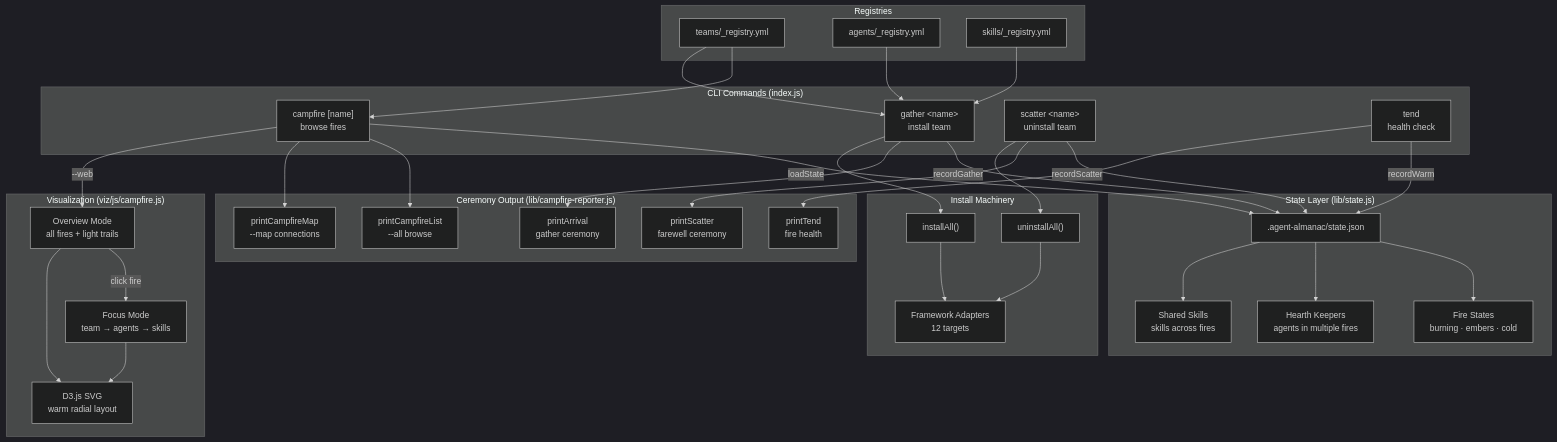
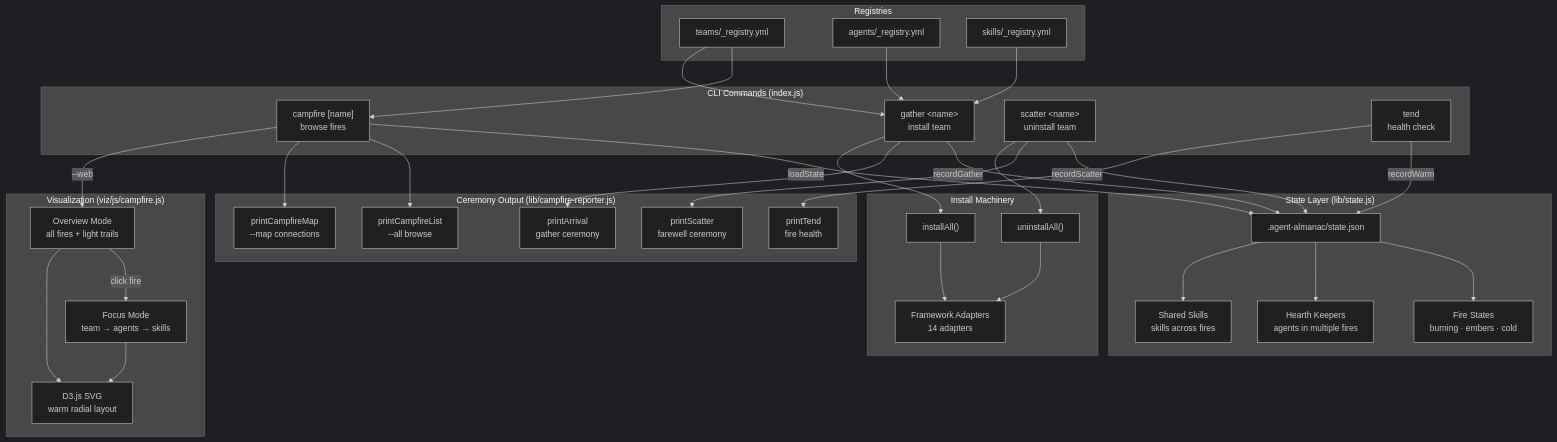
Before and after one commit to pjt222/agent-almanac: the first of 2 diagrams in cli/README.md, drawn with Mermaid (dark theme). The commit also changed other lines of this file and 3 other files, not shown here.

````diff
--- a/cli/README.md
+++ b/cli/README.md
@@ -268,78 +268,78 @@
 ```mermaid
 flowchart TB
   subgraph CLI ["CLI Commands (index.js)"]
     campfire["campfire [name]<br/>browse fires"]
     gather["gather &lt;name&gt;<br/>install team"]
     scatter["scatter &lt;name&gt;<br/>uninstall team"]
     tend["tend<br/>health check"]
   end
 
   subgraph State ["State Layer (lib/state.js)"]
     stateFile[".agent-almanac/state.json"]
     fireStates["Fire States<br/>burning · embers · cold"]
     hearthKeepers["Hearth Keepers<br/>agents in multiple fires"]
     sharedSkills["Shared Skills<br/>skills across fires"]
   end
 
   subgraph Reporter ["Ceremony Output (lib/campfire-reporter.js)"]
     arrival["printArrival<br/>gather ceremony"]
     departure["printScatter<br/>farewell ceremony"]
     tendOut["printTend<br/>fire health"]
     listOut["printCampfireList<br/>--all browse"]
     mapOut["printCampfireMap<br/>--map connections"]
   end
 
   subgraph Installer ["Install Machinery"]
     installAll["installAll()"]
     uninstallAll["uninstallAll()"]
-    adapters["Framework Adapters<br/>12 targets"]
+    adapters["Framework Adapters<br/>14 adapters"]
   end
 
   subgraph Viz ["Visualization (viz/js/campfire.js)"]
     overview["Overview Mode<br/>all fires + light trails"]
     focus["Focus Mode<br/>team → agents → skills"]
     d3["D3.js SVG<br/>warm radial layout"]
   end
 
   subgraph Registry ["Registries"]
     teams["teams/_registry.yml"]
     agents["agents/_registry.yml"]
     skills["skills/_registry.yml"]
   end
 
   %% CLI → State
   gather -->|recordGather| stateFile
   scatter -->|recordScatter| stateFile
   tend -->|recordWarm| stateFile
   campfire -->|loadState| stateFile
 
   %% CLI → Reporter
   gather --> arrival
   scatter --> departure
   tend --> tendOut
   campfire --> listOut
   campfire --> mapOut
 
   %% CLI → Installer
   gather --> installAll
   scatter --> uninstallAll
   installAll --> adapters
   uninstallAll --> adapters
 
   %% State internals
   stateFile --> fireStates
   stateFile --> hearthKeepers
   stateFile --> sharedSkills
 
   %% Viz
   campfire -->|"--web"| overview
   overview -->|click fire| focus
   focus --> d3
   overview --> d3
 
   %% Registry feeds
   teams --> campfire
   teams --> gather
   agents --> gather
   skills --> gather
 ```
````
